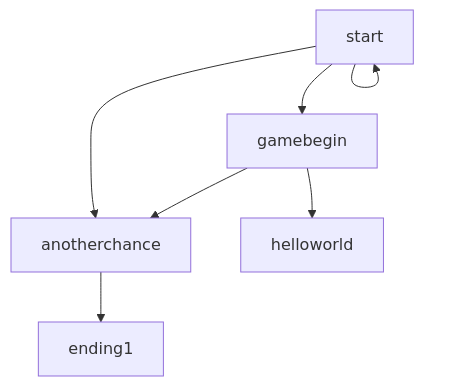
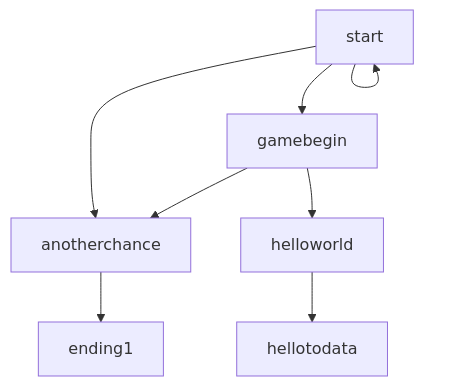
The diagram in README.md (rgbhsl/studious-chainsaw), drawn with Mermaid before and after one commit. The commit also changed 1 other file, not shown here.

Commit message:
hellotodata transition function added

````diff
--- a/README.md
+++ b/README.md
@@ -54,11 +54,9 @@
 ```mermaid
 graph
 start --> anotherchance & gamebegin & start
 anotherchance --> ending1
 gamebegin --> anotherchance & helloworld
-
-
-
+helloworld --> hellotodata
 
 
 ```
````
